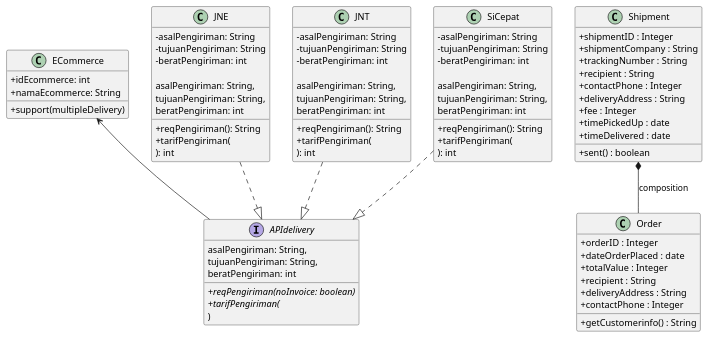
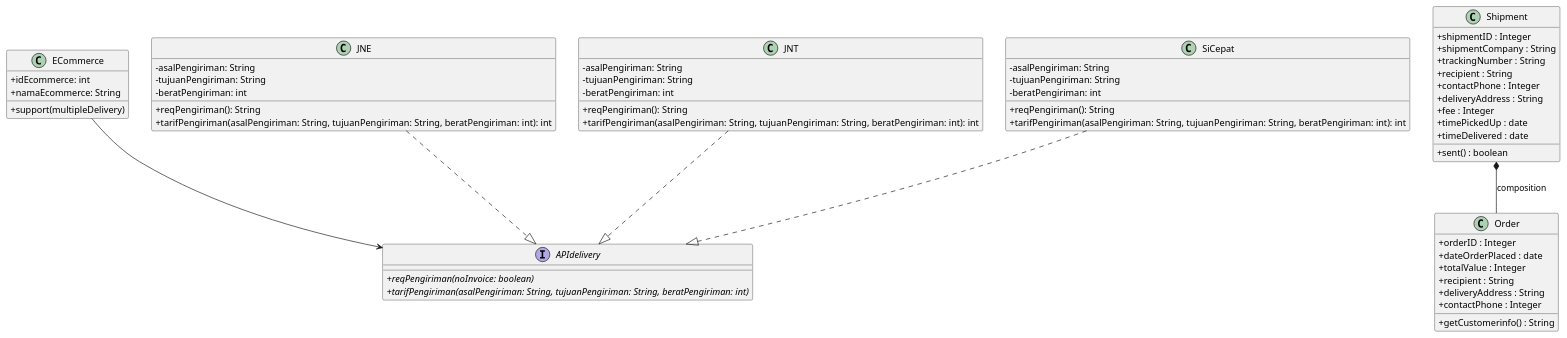
The diagram in Kelompok 5/diagramKel5.plantuml (farhanzakiputra/pbpu-a-2022), drawn with PlantUML before and after one commit.

```diff
--- a/Kelompok 5/diagramKel5.plantuml
+++ b/Kelompok 5/diagramKel5.plantuml
@@ -1,103 +1,87 @@
 @startuml
 
 skinparam classAttributeIconSize 0
 /'
 menonaktifkan skin bawaan dari plantUML untuk access modifier (public, private, protected)
 '/
 
 class ECommerce{
     'atribut'
     +idEcommerce: int
     +namaEcommerce: String
     
     'method'
     +support(multipleDelivery)
 }
 
 class JNE{
     'atribut'
     -asalPengiriman: String
     -tujuanPengiriman: String
     -beratPengiriman: int
 
     'method'
     +reqPengiriman(): String
-    +tarifPengiriman(
-        asalPengiriman: String, 
-        tujuanPengiriman: String, 
-        beratPengiriman: int
-    ): int
+    +tarifPengiriman(asalPengiriman: String, tujuanPengiriman: String, beratPengiriman: int): int
 }
 
 class JNT{
     'atribut'
     -asalPengiriman: String
     -tujuanPengiriman: String
     -beratPengiriman: int
 
     'method'
     +reqPengiriman(): String
-    +tarifPengiriman(
-        asalPengiriman: String, 
-        tujuanPengiriman: String, 
-        beratPengiriman: int
-    ): int
+    +tarifPengiriman(asalPengiriman: String, tujuanPengiriman: String, beratPengiriman: int): int
 }
 
 class SiCepat{
     'atribut'
     -asalPengiriman: String
     -tujuanPengiriman: String
     -beratPengiriman: int
 
     'method'
     +reqPengiriman(): String
-    +tarifPengiriman(
-        asalPengiriman: String, 
-        tujuanPengiriman: String, 
-        beratPengiriman: int
-    ): int
+    +tarifPengiriman(asalPengiriman: String, tujuanPengiriman: String, beratPengiriman: int): int
 }
 
 interface APIdelivery {
     'method'
     +{abstract} reqPengiriman(noInvoice: boolean)
-    +{abstract} tarifPengiriman(
-        asalPengiriman: String, 
-        tujuanPengiriman: String, 
-        beratPengiriman: int
-    )
+    +{abstract} tarifPengiriman(asalPengiriman: String, tujuanPengiriman: String, beratPengiriman: int)
 }
 
 JNE ..|> APIdelivery
 JNT ..|> APIdelivery
 SiCepat ..|> APIdelivery
-ECommerce <-- APIdelivery
+ECommerce --> APIdelivery
 
 Shipment *-- Order : composition
 
 class Order {
    +orderID : Integer
    +dateOrderPlaced : date
    +totalValue : Integer
    +recipient : String
    +deliveryAddress : String
    +contactPhone : Integer
    +getCustomerinfo() : String
 }
 
 class Shipment {
    +shipmentID : Integer
    +shipmentCompany : String
    +trackingNumber : String
    +recipient : String
    +contactPhone : Integer
    +deliveryAddress : String
    +fee : Integer
    +timePickedUp : date
    +timeDelivered : date
    +sent() : boolean
 }
 
 
 @enduml
```
